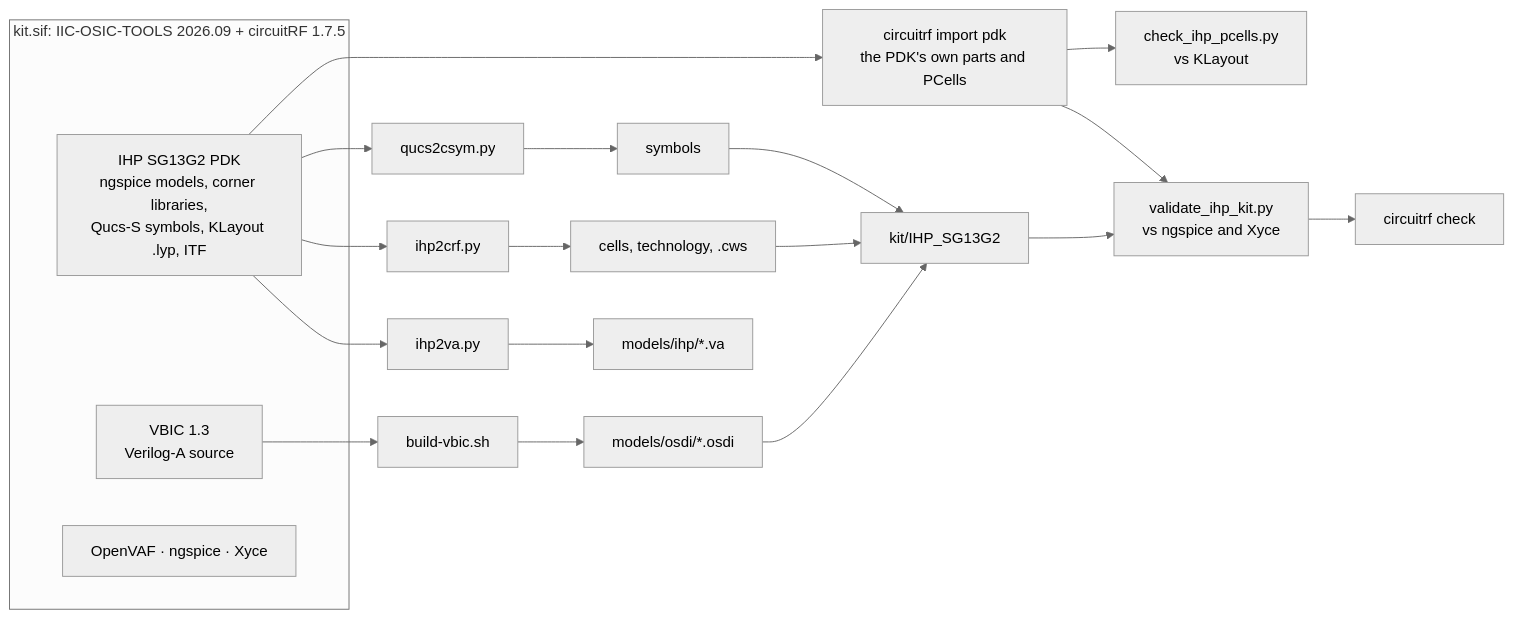
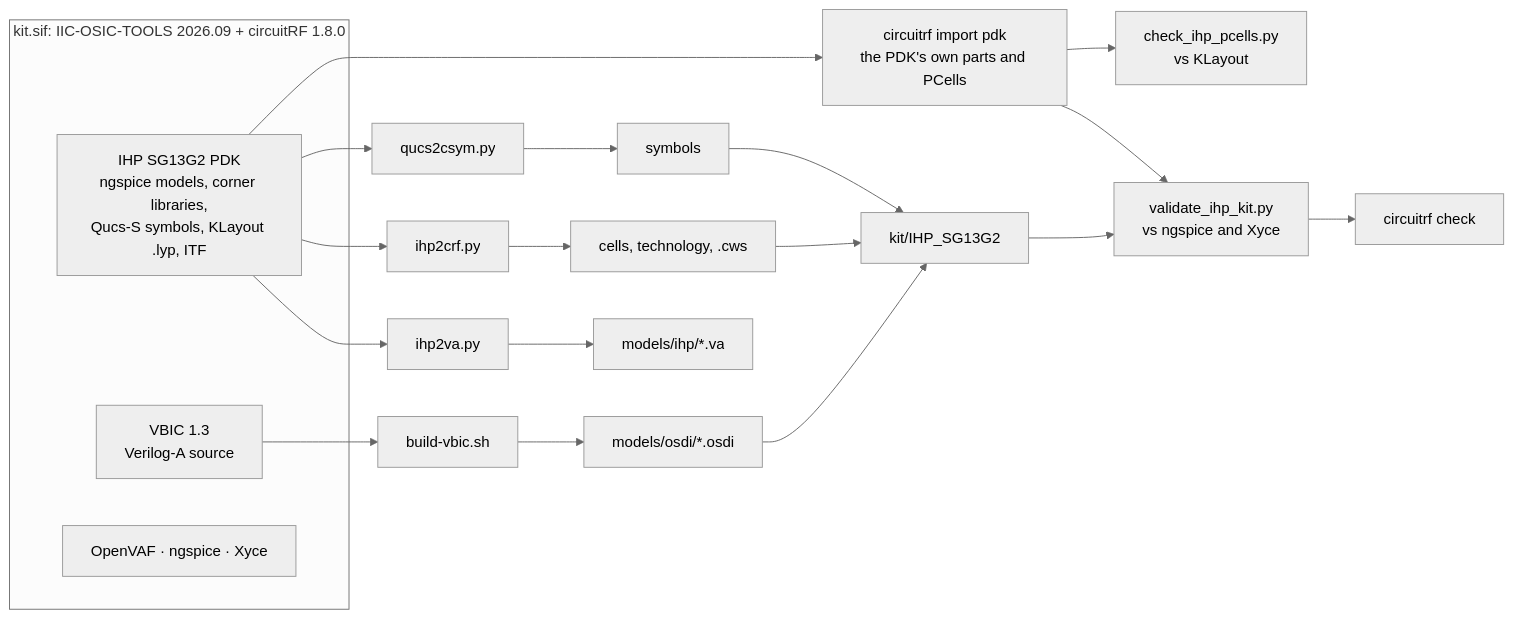
Before and after one commit to aissus/circuitRF-IHP-SG13G2-PDK: the diagram in README.md, drawn with Mermaid (neutral theme). The commit also changed other lines of this file and 33 other files, not shown here.

````diff
--- a/README.md
+++ b/README.md
@@ -218,16 +223,16 @@
 ```mermaid
 flowchart LR
-    subgraph image["kit.sif: IIC-OSIC-TOOLS 2026.09 + circuitRF 1.7.5"]
+    subgraph image["kit.sif: IIC-OSIC-TOOLS 2026.09 + circuitRF 1.8.0"]
         PDK["IHP SG13G2 PDK<br/>ngspice models, corner libraries,<br/>Qucs-S symbols, KLayout .lyp, ITF"]
         VA["VBIC 1.3<br/>Verilog-A source"]
         TOOLS["OpenVAF · ngspice · Xyce"]
     end
     PDK --> V["ihp2va.py"] --> PF["models/ihp/*.va"]
     PDK --> C["ihp2crf.py"] --> CELLS["cells, technology, .cws"]
     PDK --> Q["qucs2csym.py"] --> SYM["symbols"]
     VA --> B["build-vbic.sh"] --> OSDI["models/osdi/*.osdi"]
     CELLS & SYM & OSDI --> KIT["kit/IHP_SG13G2"]
     PDK --> IMP["circuitrf import pdk<br/>the PDK's own parts and PCells"]
     KIT & IMP --> VAL["validate_ihp_kit.py<br/>vs ngspice and Xyce"] --> CHK["circuitrf check"]
     IMP --> PC["check_ihp_pcells.py<br/>vs KLayout"]
 ```
````
